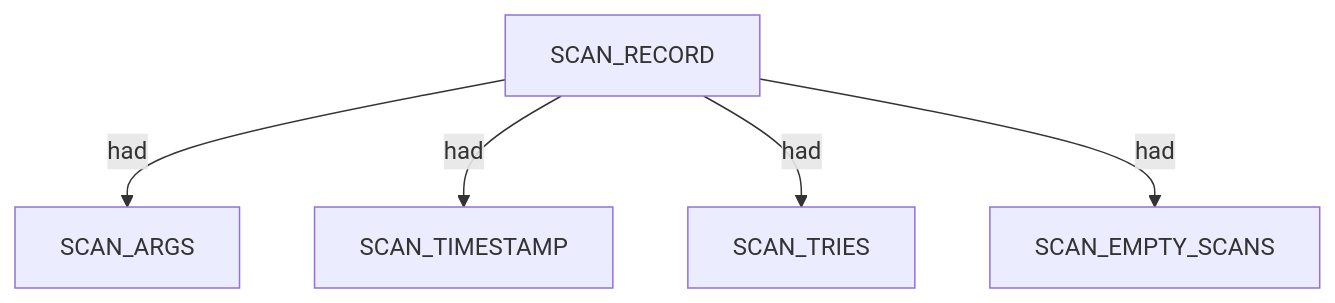
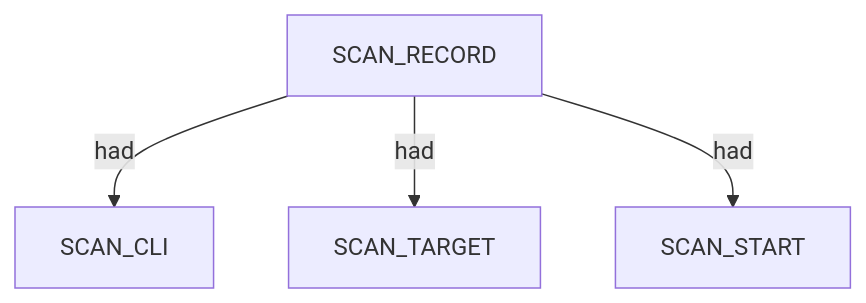
Before and after one commit to brettforbes/spiderfeet: the first of 3 diagrams in .docs/docs-for-cli-tools/nugget_structure/netdiscover_nugget_graph_structure.md, drawn with Mermaid. The commit also changed other lines of this file and 56 other files, not shown here.

````diff
--- a/.docs/docs-for-cli-tools/nugget_structure/netdiscover_nugget_graph_structure.md
+++ b/.docs/docs-for-cli-tools/nugget_structure/netdiscover_nugget_graph_structure.md
@@ -37,12 +15,10 @@
 ```mermaid
 flowchart TD
-  scan["SCAN_RECORD"]
-  args["SCAN_ARGS"]
-  ts["SCAN_TIMESTAMP"]
-  tries["SCAN_TRIES"]
-  empty["SCAN_EMPTY_SCANS"]
-  scan -->|had| args
-  scan -->|had| ts
-  scan -->|had| tries
-  scan -->|had| empty
+  scan_record_1["SCAN_RECORD"]
+  scan_cli_2["SCAN_CLI"]
+  scan_target_3["SCAN_TARGET"]
+  scan_start_4["SCAN_START"]
+  scan_record_1 -->|had| scan_cli_2
+  scan_record_1 -->|had| scan_target_3
+  scan_record_1 -->|had| scan_start_4
 ```
````
